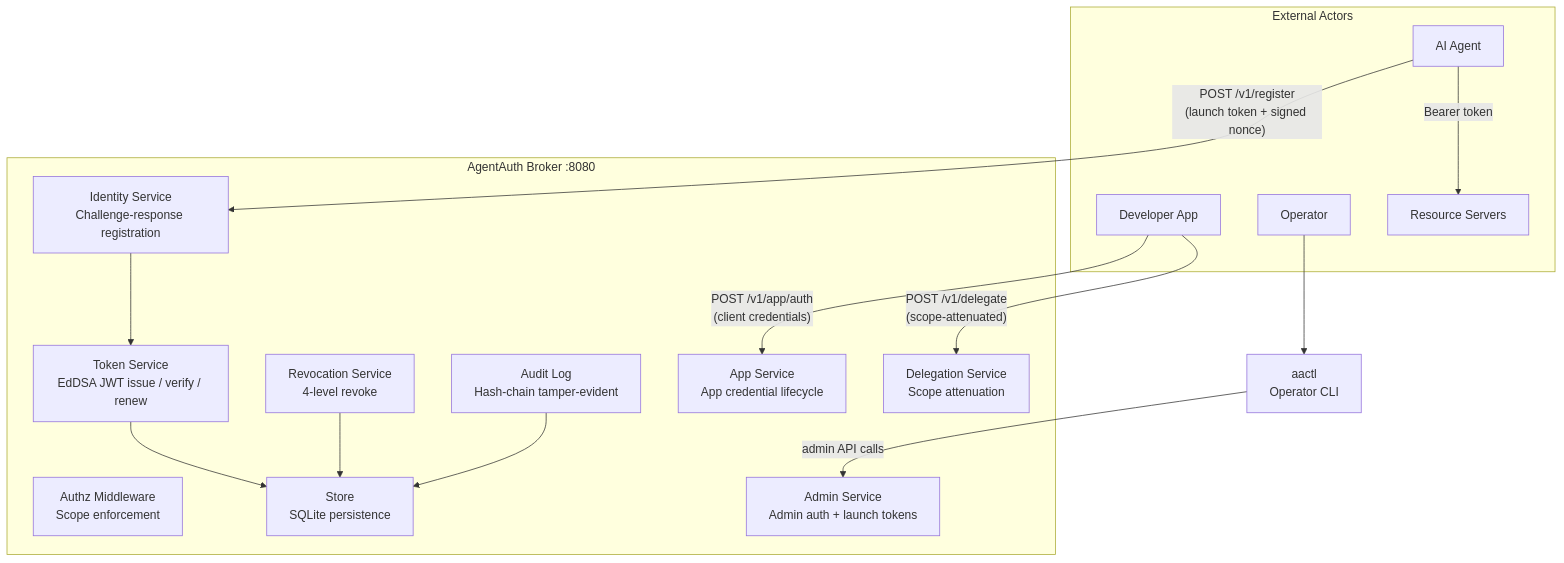
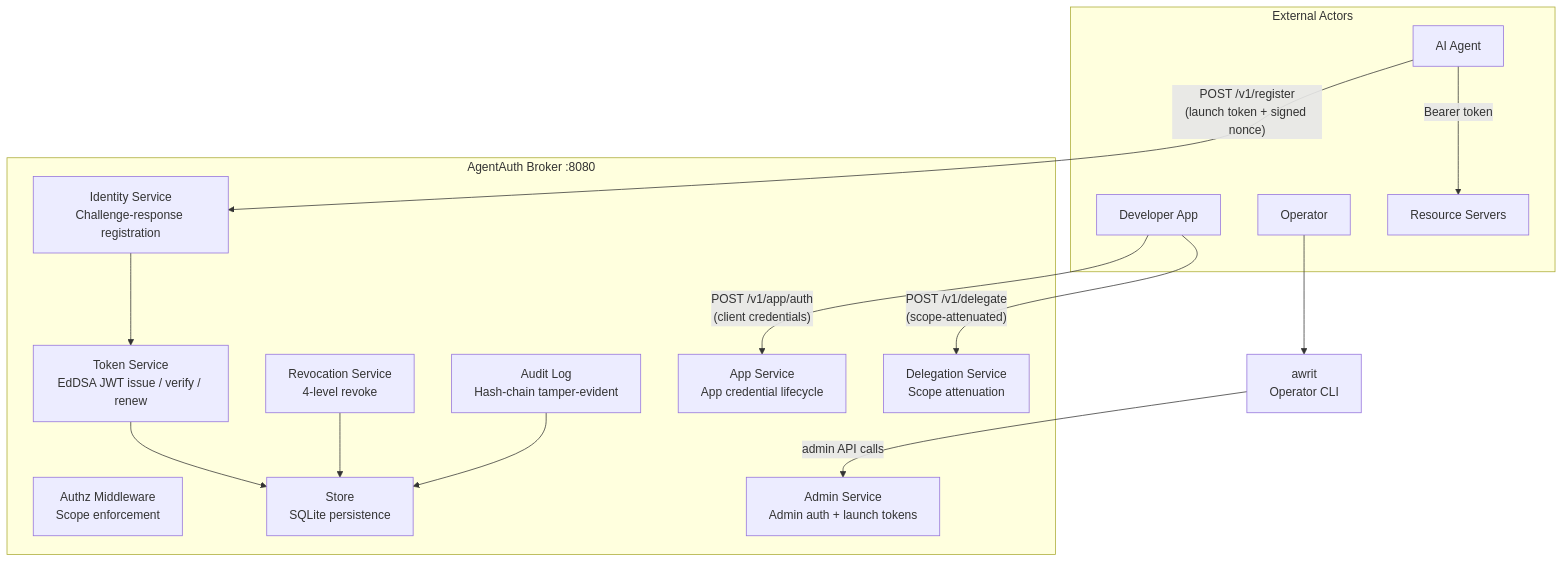
One commit to devonartis/agentwrit changed the diagram in README.md. Above: the diagram before and after it, drawn with Mermaid. The commit also changed other lines of this file and 42 other files, not shown here.

First line of the commit message:
fix(cli): rename aactl binary to awrit (TD-CLI-001)

````diff
--- a/README.md
+++ b/README.md
@@ -163,35 +163,35 @@
 ```mermaid
 flowchart TB
     subgraph External["External Actors"]
         AGENT["AI Agent"]
         DEV["Developer App"]
         ADMIN["Operator"]
         RS["Resource Servers"]
     end
 
     subgraph AA["AgentAuth Broker :8080"]
         IDENTITY["Identity Service\nChallenge-response registration"]
         TOKEN["Token Service\nEdDSA JWT issue / verify / renew"]
         AUTHZ["Authz Middleware\nScope enforcement"]
         REVOKE["Revocation Service\n4-level revoke"]
         AUDIT["Audit Log\nHash-chain tamper-evident"]
         DELEG["Delegation Service\nScope attenuation"]
         APPSVC["App Service\nApp credential lifecycle"]
         ADMINSVC["Admin Service\nAdmin auth + launch tokens"]
         STORE["Store\nSQLite persistence"]
     end
 
-    AACTL["aactl\nOperator CLI"]
+    AACTL["awrit\nOperator CLI"]
 
     AGENT -- "POST /v1/register\n(launch token + signed nonce)" --> IDENTITY
     AGENT -- "Bearer token" --> RS
     DEV -- "POST /v1/app/auth\n(client credentials)" --> APPSVC
     DEV -- "POST /v1/delegate\n(scope-attenuated)" --> DELEG
     ADMIN --> AACTL
     AACTL -- "admin API calls" --> ADMINSVC
 
     IDENTITY --> TOKEN
     TOKEN --> STORE
     REVOKE --> STORE
     AUDIT --> STORE
 ```
````
